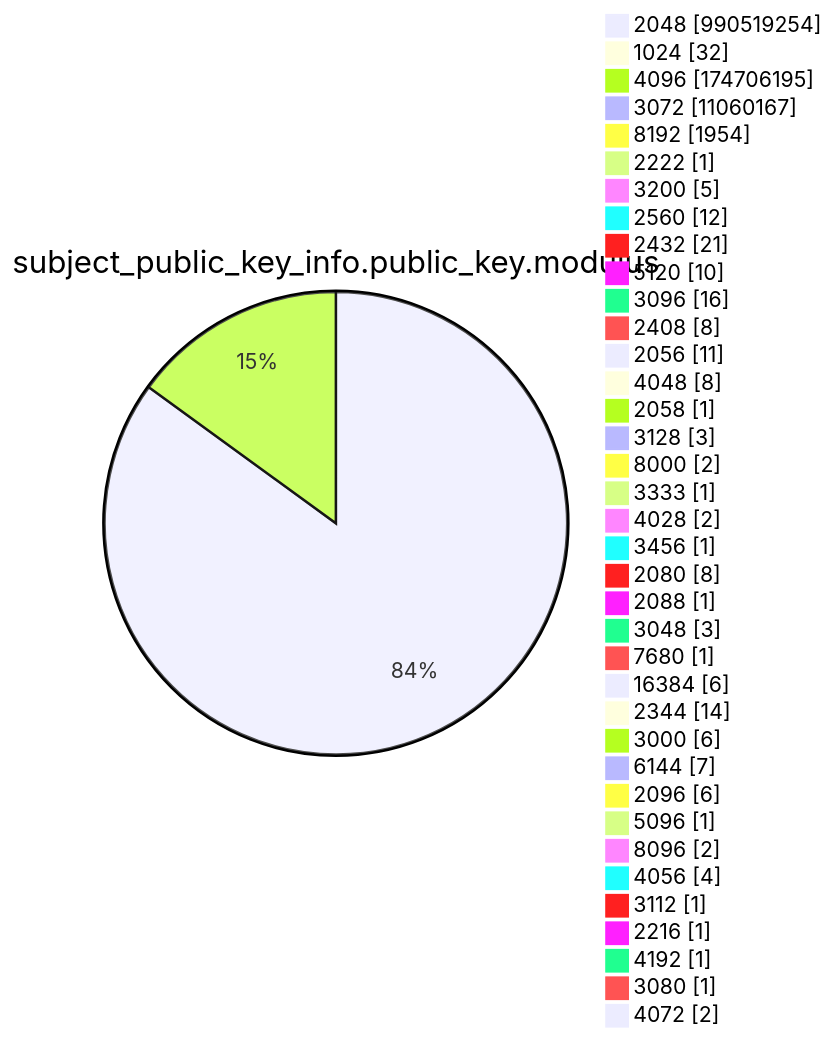
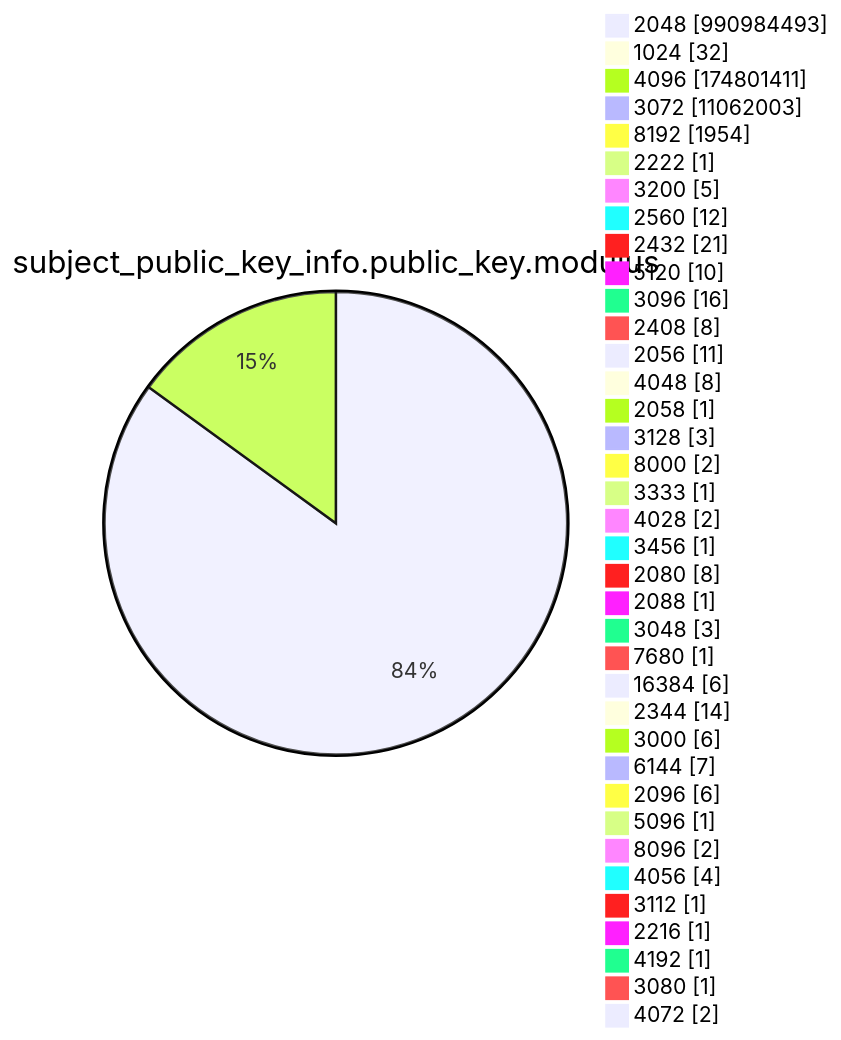
One commit to christiankrug/ctmonitor_visualization changed diagram 13 of 15 in argon2022/README.md. Above: the diagram before and after it, drawn with Mermaid. The commit also changed other lines of this file, not shown here.

````diff
--- a/argon2022/README.md
+++ b/argon2022/README.md
@@ -3587,41 +3587,41 @@
 ```mermaid
 pie showData
 title subject_public_key_info.public_key.modulus
-"2048" :990519254
+"2048" :990984493
 "1024" :32
-"4096" :174706195
-"3072" :11060167
+"4096" :174801411
+"3072" :11062003
 "8192" :1954
 "2222" :1
 "3200" :5
 "2560" :12
 "2432" :21
 "5120" :10
 "3096" :16
 "2408" :8
 "2056" :11
 "4048" :8
 "2058" :1
 "3128" :3
 "8000" :2
 "3333" :1
 "4028" :2
 "3456" :1
 "2080" :8
 "2088" :1
 "3048" :3
 "7680" :1
 "16384" :6
 "2344" :14
 "3000" :6
 "6144" :7
 "2096" :6
 "5096" :1
 "8096" :2
 "4056" :4
 "3112" :1
 "2216" :1
 "4192" :1
 "3080" :1
 "4072" :2
 ```
````
